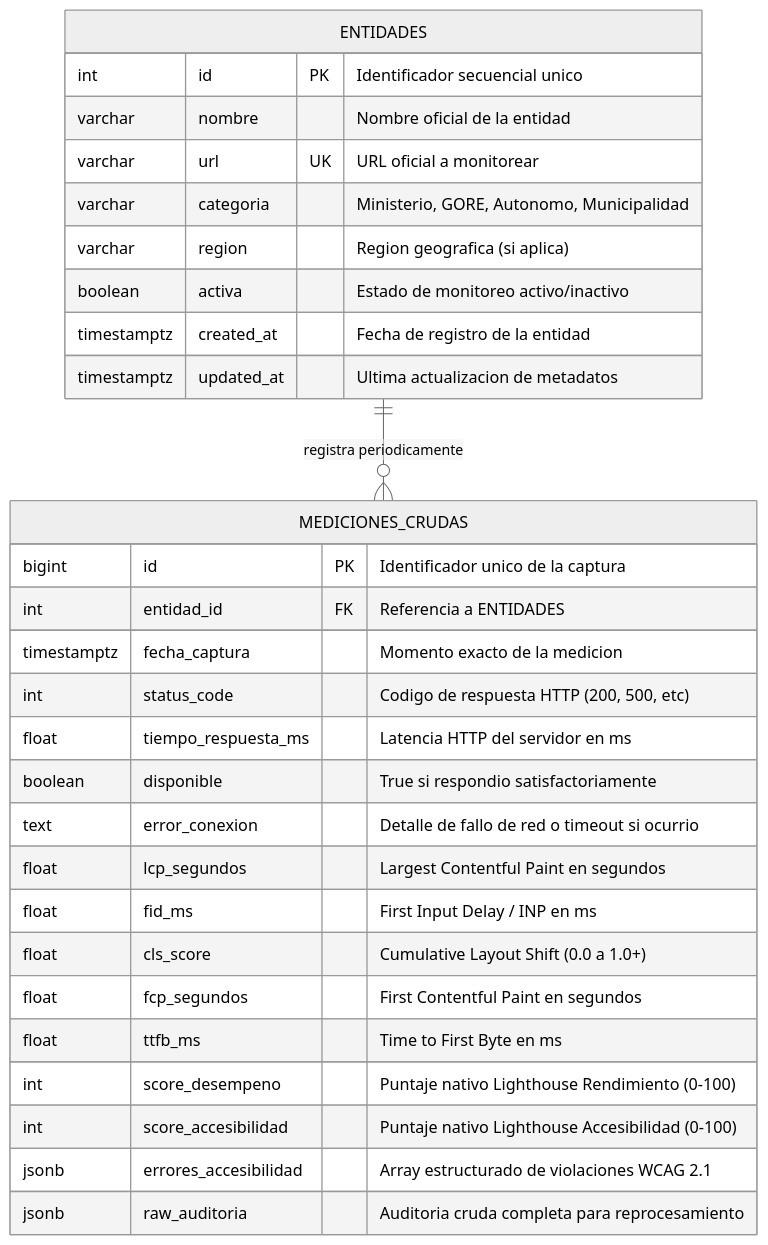
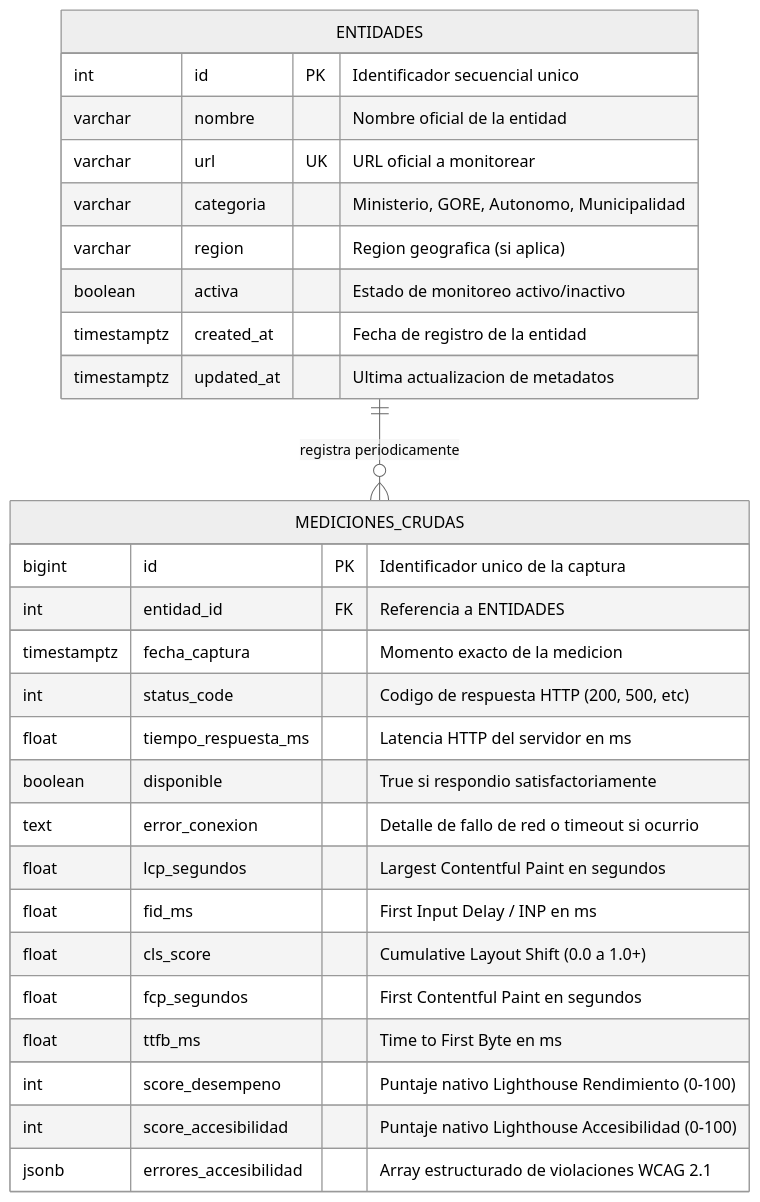
One commit to yhuayhuahi/Observatorio_Digital changed the diagram in docs/schemes/modelo_base_datos.md. Above: the diagram before and after it, drawn with Mermaid (neutral theme). The commit also changed other lines of this file and 5 other files, not shown here.

Commit message:
refactor(collector): remover raw_auditoria para optimizar payload, liberar 1.1GB en Supabase y restaurar lotes de 10

````diff
--- a/docs/schemes/modelo_base_datos.md
+++ b/docs/schemes/modelo_base_datos.md
@@ -43,34 +43,33 @@
 ```mermaid
 erDiagram
     ENTIDADES ||--o{ MEDICIONES_CRUDAS : "registra periodicamente"
 
     ENTIDADES {
         int id PK "Identificador secuencial unico"
         varchar nombre "Nombre oficial de la entidad"
         varchar url UK "URL oficial a monitorear"
         varchar categoria "Ministerio, GORE, Autonomo, Municipalidad"
         varchar region "Region geografica (si aplica)"
         boolean activa "Estado de monitoreo activo/inactivo"
         timestamptz created_at "Fecha de registro de la entidad"
         timestamptz updated_at "Ultima actualizacion de metadatos"
     }
 
     MEDICIONES_CRUDAS {
         bigint id PK "Identificador unico de la captura"
         int entidad_id FK "Referencia a ENTIDADES"
         timestamptz fecha_captura "Momento exacto de la medicion"
         int status_code "Codigo de respuesta HTTP (200, 500, etc)"
         float tiempo_respuesta_ms "Latencia HTTP del servidor en ms"
         boolean disponible "True si respondio satisfactoriamente"
         text error_conexion "Detalle de fallo de red o timeout si ocurrio"
         float lcp_segundos "Largest Contentful Paint en segundos"
         float fid_ms "First Input Delay / INP en ms"
         float cls_score "Cumulative Layout Shift (0.0 a 1.0+)"
         float fcp_segundos "First Contentful Paint en segundos"
         float ttfb_ms "Time to First Byte en ms"
         int score_desempeno "Puntaje nativo Lighthouse Rendimiento (0-100)"
         int score_accesibilidad "Puntaje nativo Lighthouse Accesibilidad (0-100)"
         jsonb errores_accesibilidad "Array estructurado de violaciones WCAG 2.1"
-        jsonb raw_auditoria "Auditoria cruda completa para reprocesamiento"
     }
 ```
````
